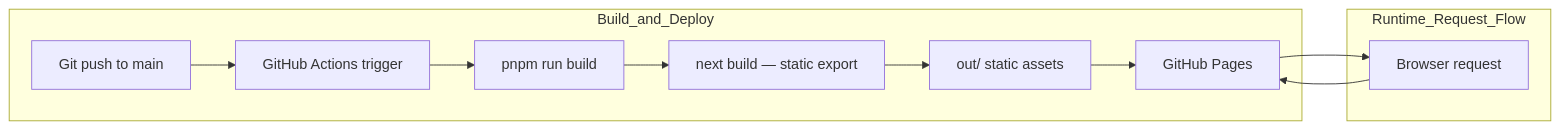
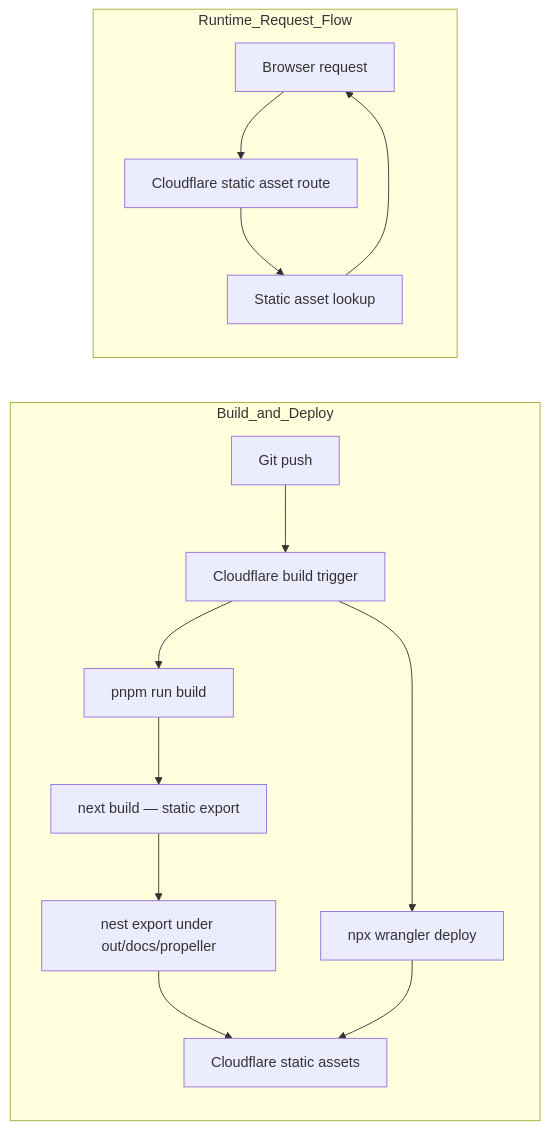
The diagram in README.md (rodneyosodo/propeller-docs), drawn with Mermaid before and after one commit. The commit also changed other lines of this file and 8 other files, not shown here.

````diff
--- a/README.md
+++ b/README.md
@@ -34,15 +35,18 @@
 ```mermaid
 flowchart LR
   subgraph Build_and_Deploy
-    A[Git push to main] --> B[GitHub Actions trigger]
+    A[Git push] --> B[Cloudflare build trigger]
     B --> C[pnpm run build]
     C --> D[next build — static export]
-    D --> E[out/ static assets]
-    E --> F[GitHub Pages]
+    D --> E[nest export under out/docs/propeller]
+    B --> F[npx wrangler deploy]
+    E --> G[Cloudflare static assets]
+    F --> G
   end
 
   subgraph Runtime_Request_Flow
-    U[Browser request] --> F
-    F --> U
+    U[Browser request] --> H[Cloudflare static asset route]
+    H --> J[Static asset lookup]
+    J --> U
   end
 ```
````
